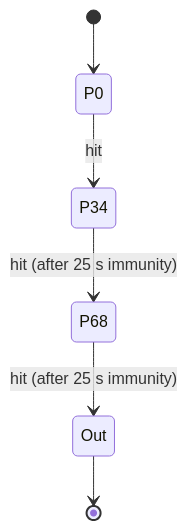
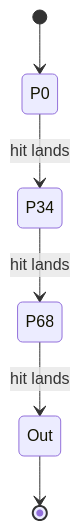
The fourth of 7 diagrams in docs/architecture/04-game-rules.md (Faouzi-Blibech/EcoSus-Uncycled), drawn with Mermaid before and after one commit. The commit also changed other lines of this file and 11 other files, not shown here.

Commit message:
docs: second design review (2026-11-14) for the architecture views and the design spec

````diff
--- a/docs/architecture/04-game-rules.md
+++ b/docs/architecture/04-game-rules.md
@@ -81,8 +94,8 @@
 ```mermaid
 stateDiagram-v2
     [*] --> P0
-    P0 --> P34: hit
-    P34 --> P68: hit (after 25 s immunity)
-    P68 --> Out: hit (after 25 s immunity)
+    P0 --> P34: hit lands
+    P34 --> P68: hit lands
+    P68 --> Out: hit lands
     Out --> [*]
 ```
````
